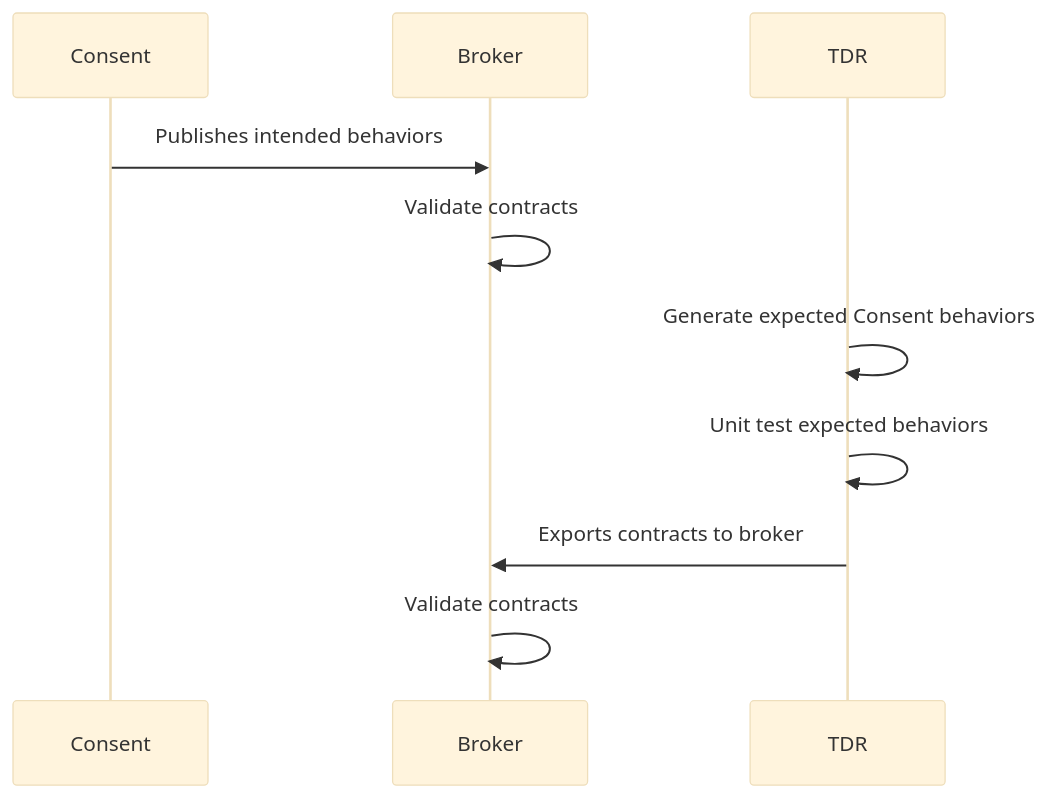
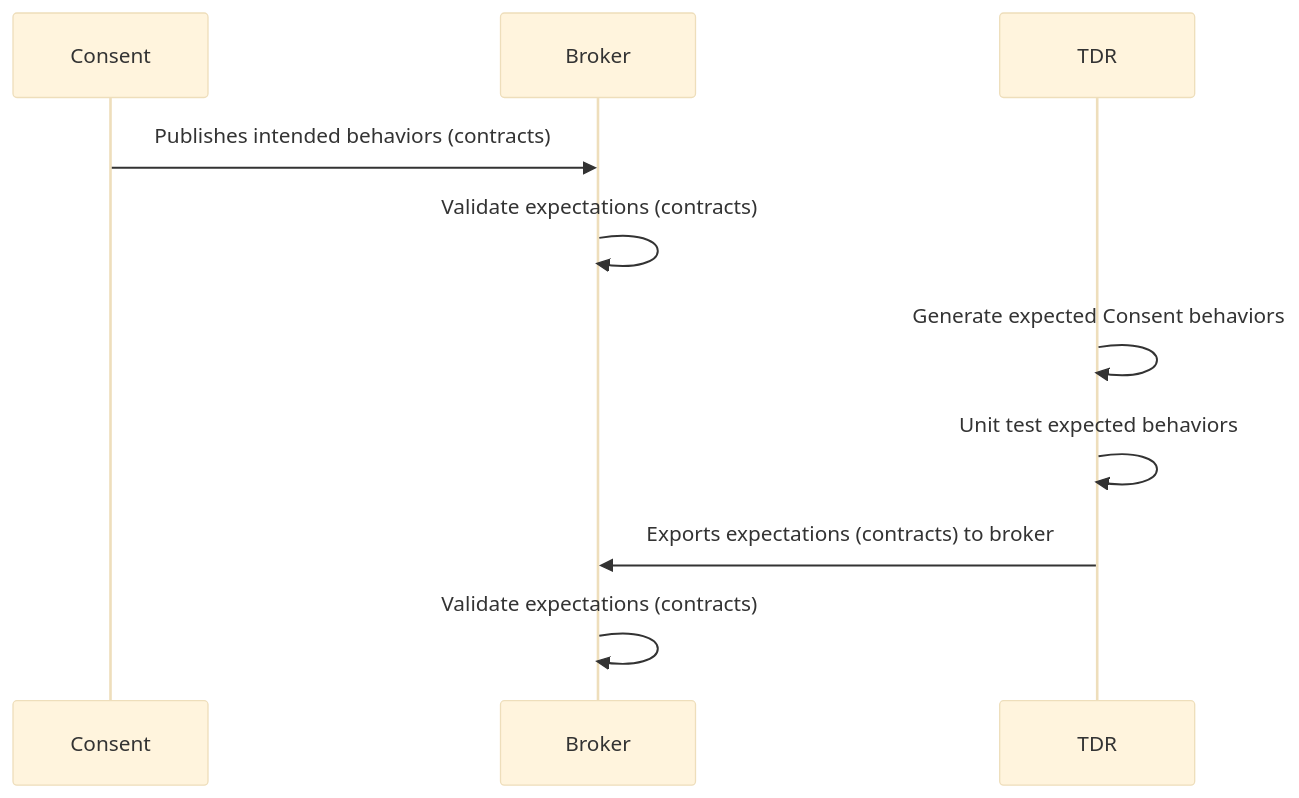
Before and after one commit to DataBiosphere/consent: the second of 2 diagrams in src/test/java/org/broadinstitute/consent/pact/README.md, drawn with Mermaid (base theme). The commit also changed other lines of this file, not shown here.

````diff
--- a/src/test/java/org/broadinstitute/consent/pact/README.md
+++ b/src/test/java/org/broadinstitute/consent/pact/README.md
@@ -48,12 +48,12 @@
 ```mermaid
 sequenceDiagram
   participant Consent
   participant Broker
   participant TDR
-  Consent->>Broker: Publishes intended behaviors
-  Broker->>Broker: Validate contracts
+  Consent->>Broker: Publishes intended behaviors (contracts)
+  Broker->>Broker: Validate expectations (contracts)
   TDR->>TDR: Generate expected Consent behaviors
   TDR->>TDR: Unit test expected behaviors
-  TDR->>Broker: Exports contracts to broker
-  Broker->>Broker: Validate contracts
+  TDR->>Broker: Exports expectations (contracts) to broker
+  Broker->>Broker: Validate expectations (contracts)
 ```
````
